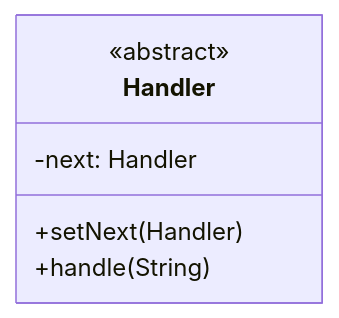
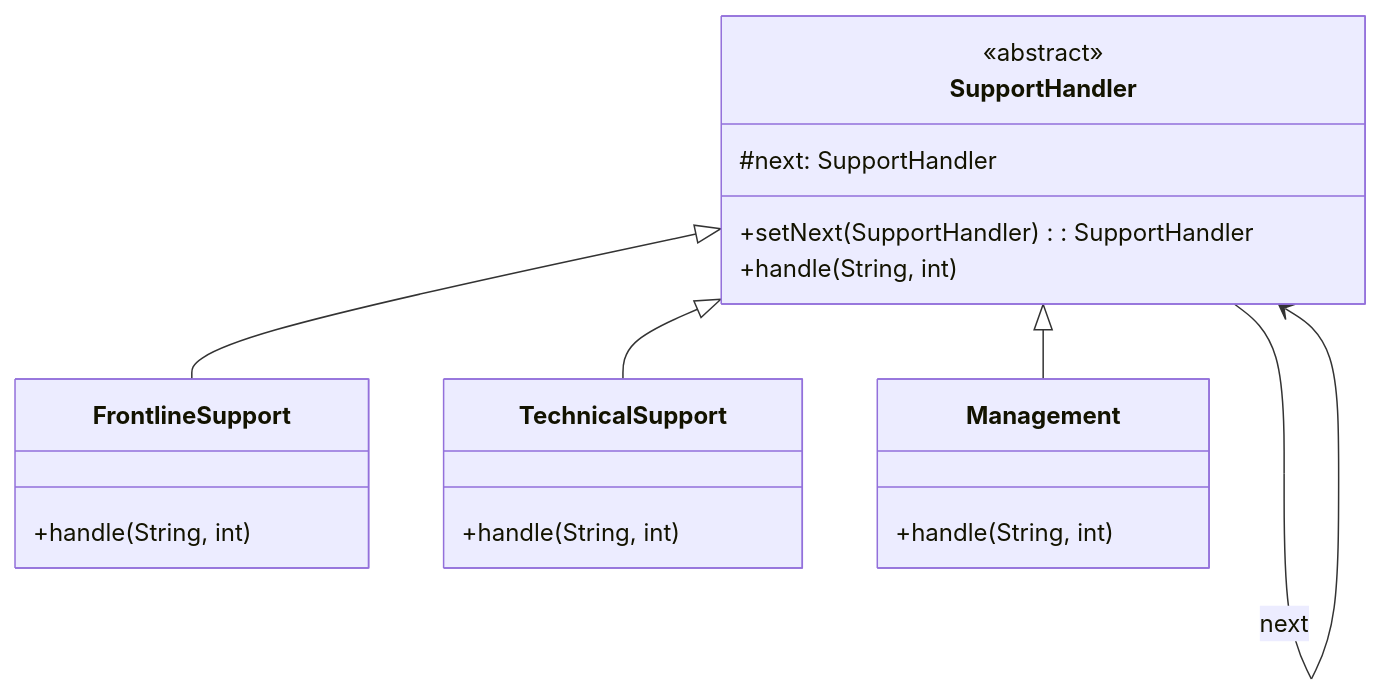
Before and after one commit to welldesignedsystem/welldesignedsystem.github.io: diagram 13 of 23 in content/english/blog/system_design/core_design_patterns.md, drawn with Mermaid. The commit also changed other lines of this file and 1 other file, not shown here.

````diff
--- a/content/english/blog/system_design/core_design_patterns.md
+++ b/content/english/blog/system_design/core_design_patterns.md
@@ -694,9 +991,22 @@
 ```mermaid
 classDiagram
-    class Handler {
+    class SupportHandler {
         <<abstract>>
-        -next: Handler
-        +setNext(Handler)
-        +handle(String)
+        #next: SupportHandler
+        +setNext(SupportHandler): SupportHandler
+        +handle(String, int)
     }
+    class FrontlineSupport {
+        +handle(String, int)
+    }
+    class TechnicalSupport {
+        +handle(String, int)
+    }
+    class Management {
+        +handle(String, int)
+    }
+    SupportHandler <|-- FrontlineSupport
+    SupportHandler <|-- TechnicalSupport
+    SupportHandler <|-- Management
+    SupportHandler --> SupportHandler : next
 ```
````
